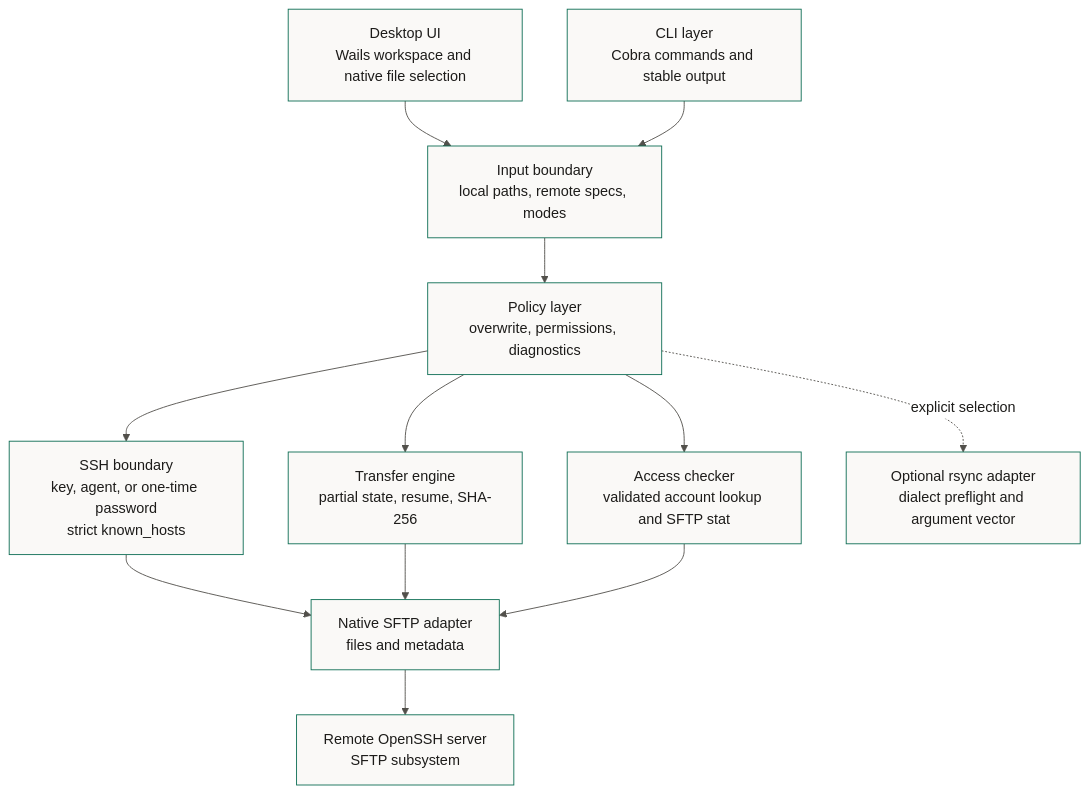
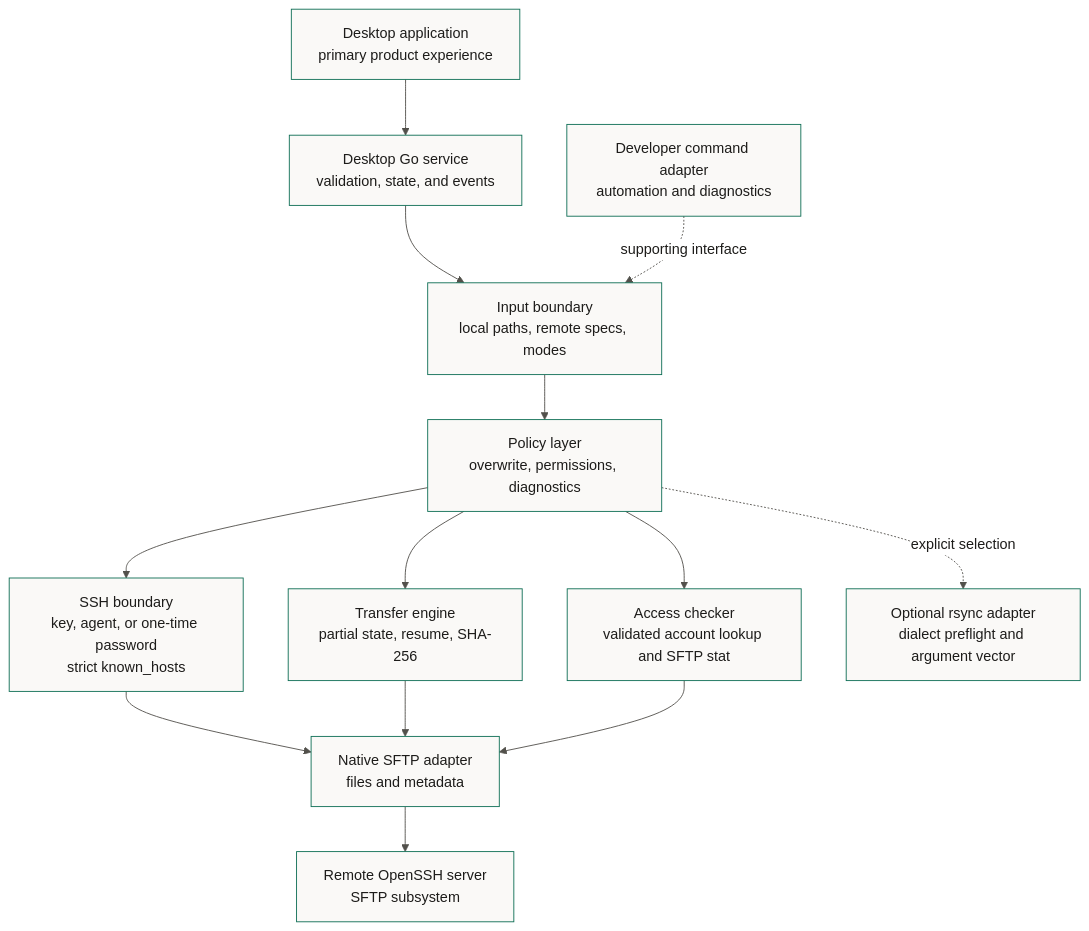
Before and after one commit to bashatahamal/vericopy: the first of 2 diagrams in docs/architecture.md, drawn with Mermaid. The commit also changed other lines of this file and 14 other files, not shown here.

````diff
--- a/docs/architecture.md
+++ b/docs/architecture.md
@@ -9,33 +14,34 @@
 ```mermaid
 ---
 config:
   theme: base
   themeVariables:
     primaryColor: '#faf9f7'
     primaryTextColor: '#1d1c1a'
     primaryBorderColor: '#0e6e55'
     lineColor: '#52504b'
     secondaryColor: '#ffffff'
     tertiaryColor: '#e6e3dc'
     clusterBkg: '#ffffff'
     clusterBorder: '#a16f0b'
 ---
 flowchart TB
-    Desktop["Desktop UI<br>Wails workspace and native file selection"]
-    CLI["CLI layer<br>Cobra commands and stable output"]
+    Desktop["Desktop application<br>primary product experience"]
+    Service["Desktop Go service<br>validation, state, and events"]
+    Automation["Developer command adapter<br>automation and diagnostics"]
     Parse["Input boundary<br>local paths, remote specs, modes"]
     Policy["Policy layer<br>overwrite, permissions, diagnostics"]
     SSH["SSH boundary<br>key, agent, or one-time password<br>strict known_hosts"]
     Engine["Transfer engine<br>partial state, resume, SHA-256"]
     SFTP["Native SFTP adapter<br>files and metadata"]
     Access["Access checker<br>validated account lookup and SFTP stat"]
     Rsync["Optional rsync adapter<br>dialect preflight and argument vector"]
     Remote["Remote OpenSSH server<br>SFTP subsystem"]
 
-    Desktop --> Parse
-    CLI --> Parse --> Policy
+    Desktop --> Service --> Parse --> Policy
+    Automation -. supporting interface .-> Parse
     Policy --> SSH --> SFTP --> Remote
     Policy --> Engine --> SFTP
     Policy --> Access --> SFTP
     Policy -. explicit selection .-> Rsync
 ```
````
